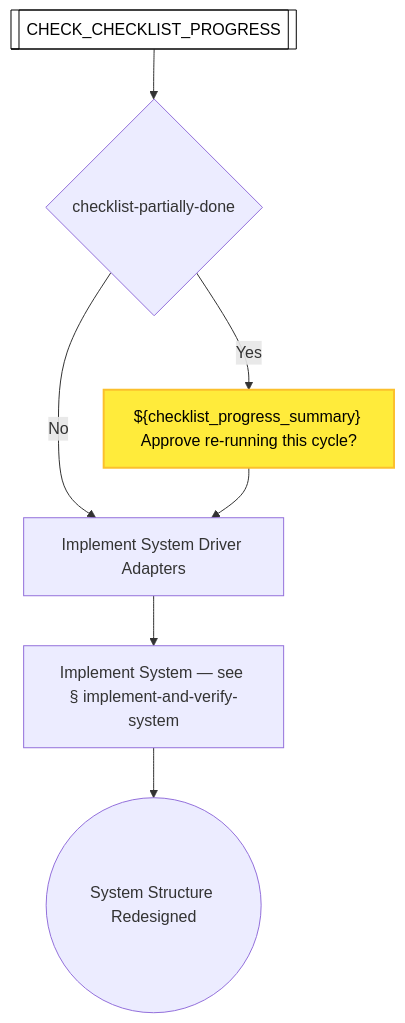
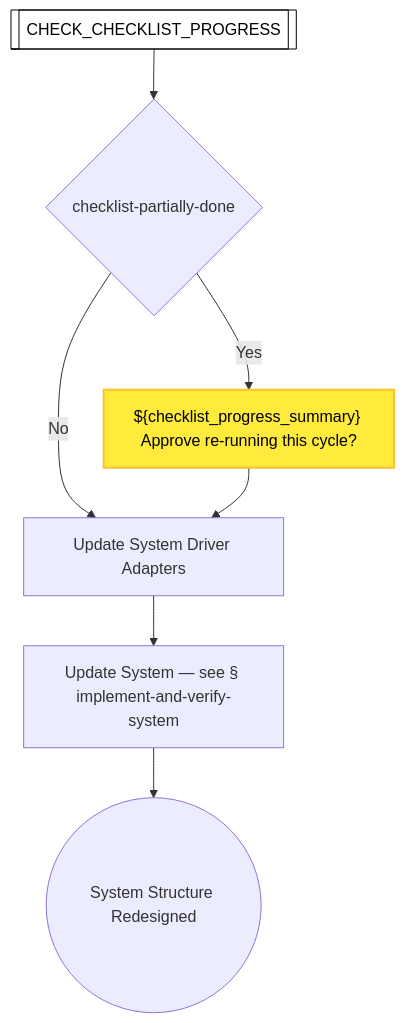
The tenth of 54 diagrams in docs/process-diagram.md (optivem/gh-optivem), drawn with Mermaid before and after one commit. The commit also changed other lines of this file and 5 other files, not shown here.

Commit message:
atdd: regenerate process-flow diagram

````diff
--- a/docs/process-diagram.md
+++ b/docs/process-diagram.md
@@ -243,22 +243,22 @@
 ```mermaid
 flowchart TD
     CHECK_CHECKLIST_PROGRESS[[CHECK_CHECKLIST_PROGRESS]]
     GATE_CHECKLIST_PARTIALLY_DONE{checklist-partially-done}
-    IMPLEMENT_AND_VERIFY_SYSTEM[Implement System — see § implement-and-verify-system]
-    IMPLEMENT_SYSTEM_DRIVER_ADAPTERS[Implement System Driver Adapters]
+    IMPLEMENT_AND_VERIFY_SYSTEM[Update System — see § implement-and-verify-system]
     REDESIGN_END((System Structure Redesigned))
     STOP_CHECKLIST_PARTIALLY_DONE["${checklist_progress_summary} Approve re-running this cycle?"]
+    UPDATE_SYSTEM_DRIVER_ADAPTERS[Update System Driver Adapters]
 
     CHECK_CHECKLIST_PROGRESS --> GATE_CHECKLIST_PARTIALLY_DONE
     GATE_CHECKLIST_PARTIALLY_DONE -- Yes --> STOP_CHECKLIST_PARTIALLY_DONE
-    GATE_CHECKLIST_PARTIALLY_DONE -- No --> IMPLEMENT_SYSTEM_DRIVER_ADAPTERS
-    STOP_CHECKLIST_PARTIALLY_DONE --> IMPLEMENT_SYSTEM_DRIVER_ADAPTERS
-    IMPLEMENT_SYSTEM_DRIVER_ADAPTERS --> IMPLEMENT_AND_VERIFY_SYSTEM
+    GATE_CHECKLIST_PARTIALLY_DONE -- No --> UPDATE_SYSTEM_DRIVER_ADAPTERS
+    STOP_CHECKLIST_PARTIALLY_DONE --> UPDATE_SYSTEM_DRIVER_ADAPTERS
+    UPDATE_SYSTEM_DRIVER_ADAPTERS --> IMPLEMENT_AND_VERIFY_SYSTEM
     IMPLEMENT_AND_VERIFY_SYSTEM --> REDESIGN_END
 
     classDef serviceNode fill:#ffffff,stroke:#000000,stroke-width:1px,color:#000000
     class CHECK_CHECKLIST_PROGRESS serviceNode
 
     classDef humanNode fill:#ffeb3b,stroke:#fbc02d,stroke-width:2px,color:#000000
     class STOP_CHECKLIST_PARTIALLY_DONE humanNode
 ```
````
